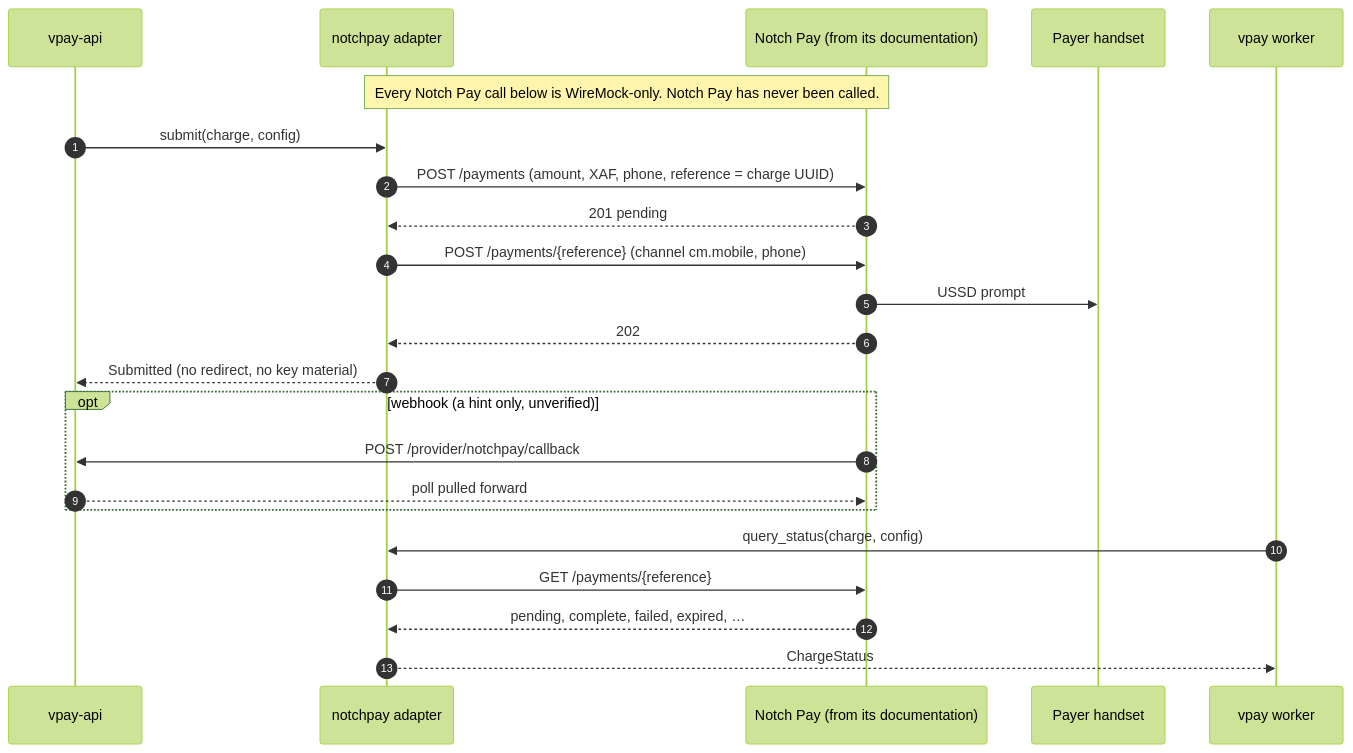
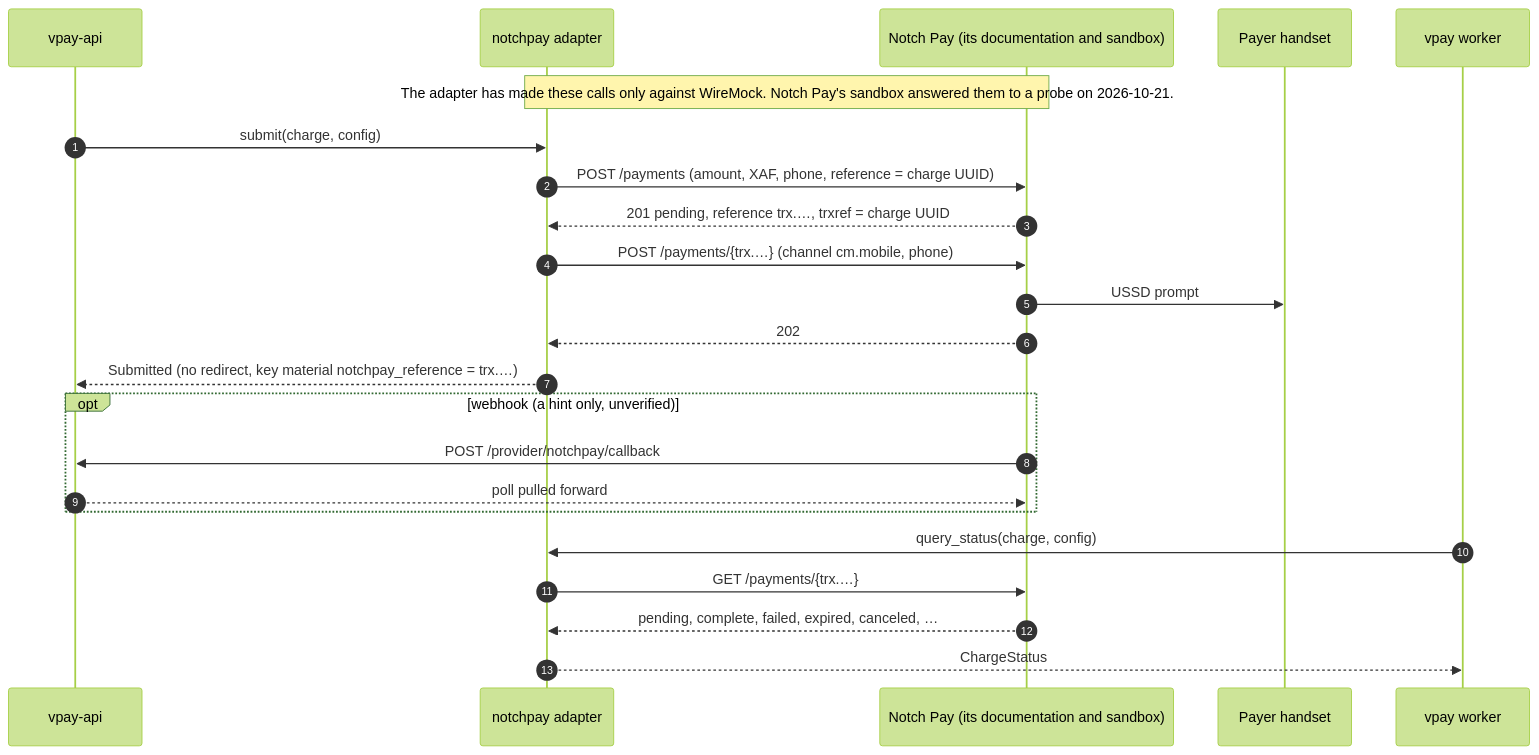
The diagram in docs/rails/notchpay.md (vaam-apps/vpay-docs), drawn with Mermaid (forest theme) before and after one commit. The commit also changed other lines of this file and 16 other files, not shown here.

````diff
--- a/docs/rails/notchpay.md
+++ b/docs/rails/notchpay.md
@@ -93,25 +102,25 @@
 ```mermaid
 sequenceDiagram
     autonumber
     participant API as vpay-api
     participant A as notchpay adapter
-    participant N as Notch Pay (from its documentation)
+    participant N as Notch Pay (its documentation and sandbox)
     participant P as Payer handset
     participant W as vpay worker
-    Note over A,N: Every Notch Pay call below is WireMock-only. Notch Pay has never been called.
+    Note over A,N: The adapter has made these calls only against WireMock. Notch Pay's sandbox answered them to a probe on 2026-10-21.
     API->>A: submit(charge, config)
     A->>N: POST /payments (amount, XAF, phone, reference = charge UUID)
-    N-->>A: 201 pending
-    A->>N: POST /payments/{reference} (channel cm.mobile, phone)
+    N-->>A: 201 pending, reference trx.…, trxref = charge UUID
+    A->>N: POST /payments/{trx.…} (channel cm.mobile, phone)
     N->>P: USSD prompt
     N-->>A: 202
-    A-->>API: Submitted (no redirect, no key material)
+    A-->>API: Submitted (no redirect, key material notchpay_reference = trx.…)
     opt webhook (a hint only, unverified)
         N->>API: POST /provider/notchpay/callback
         API-->>N: poll pulled forward
     end
     W->>A: query_status(charge, config)
-    A->>N: GET /payments/{reference}
-    N-->>A: pending, complete, failed, expired, …
+    A->>N: GET /payments/{trx.…}
+    N-->>A: pending, complete, failed, expired, canceled, …
     A-->>W: ChargeStatus
 ```
````
